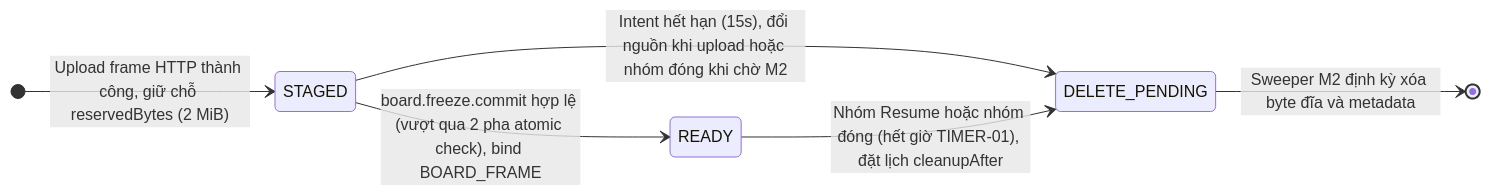
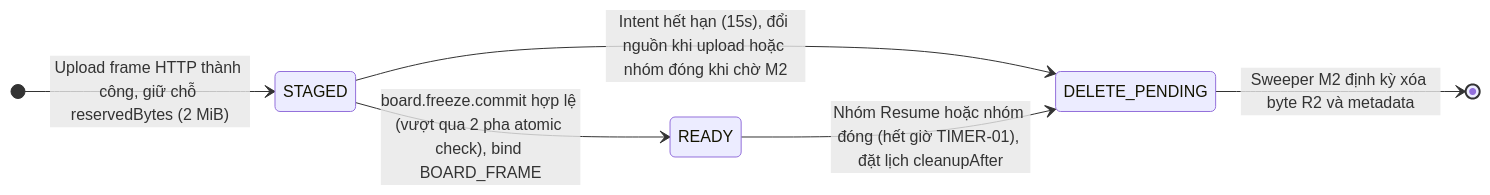
One commit to Lightning1507/CoLearnia changed the third of 12 diagrams in docs/proposals/m5-board.md. Above: the diagram before and after it, drawn with Mermaid. The commit also changed other lines of this file and 5 other files, not shown here.

````diff
--- a/docs/proposals/m5-board.md
+++ b/docs/proposals/m5-board.md
@@ -332,9 +334,9 @@
 ```mermaid
 stateDiagram-v2
   direction LR
   [*] --> STAGED: Upload frame HTTP thành công, giữ chỗ reservedBytes (2 MiB)
   STAGED --> READY: board.freeze.commit hợp lệ (vượt qua 2 pha atomic check), bind BOARD_FRAME
   STAGED --> DELETE_PENDING: Intent hết hạn (15s), đổi nguồn khi upload hoặc nhóm đóng khi chờ M2
   READY --> DELETE_PENDING: Nhóm Resume hoặc nhóm đóng (hết giờ TIMER-01), đặt lịch cleanupAfter
-  DELETE_PENDING --> [*]: Sweeper M2 định kỳ xóa byte đĩa và metadata
+  DELETE_PENDING --> [*]: Sweeper M2 định kỳ xóa byte R2 và metadata
 ```
````
